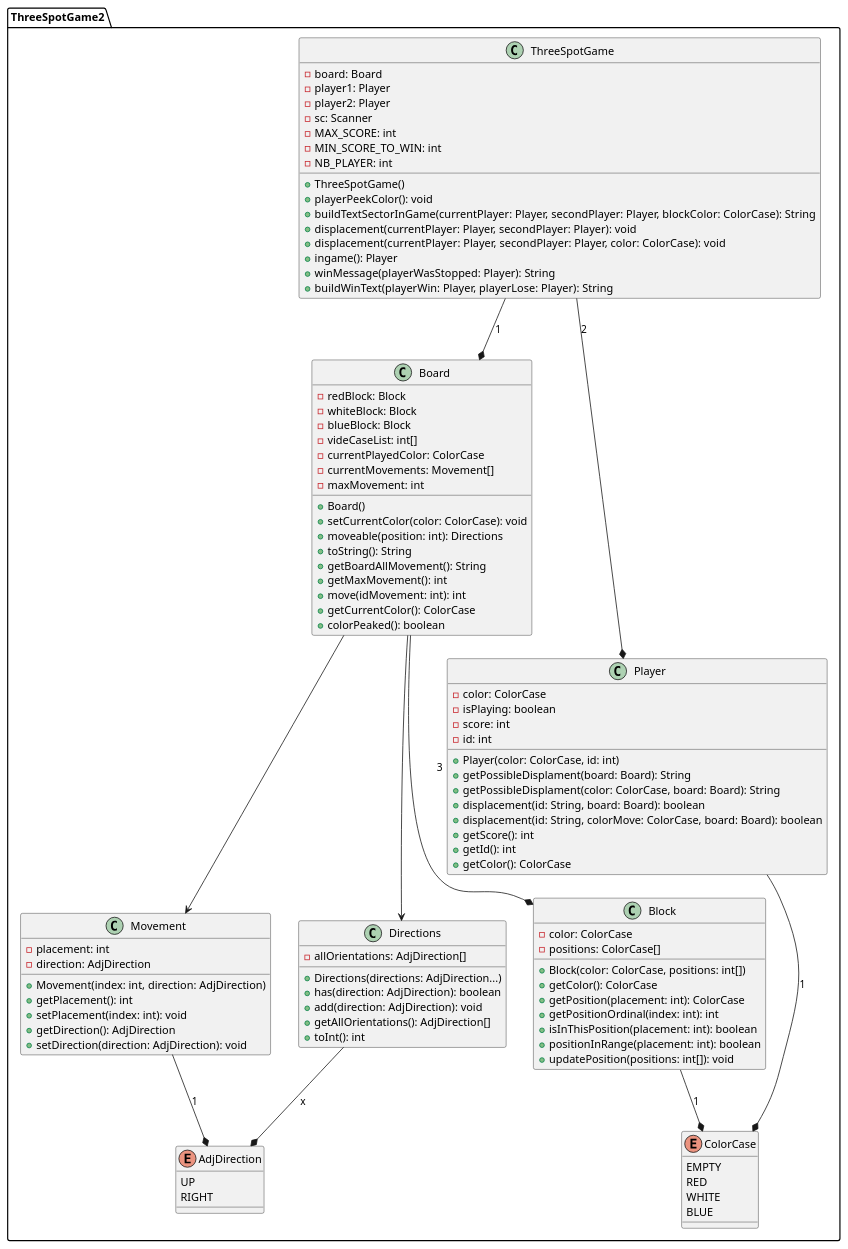
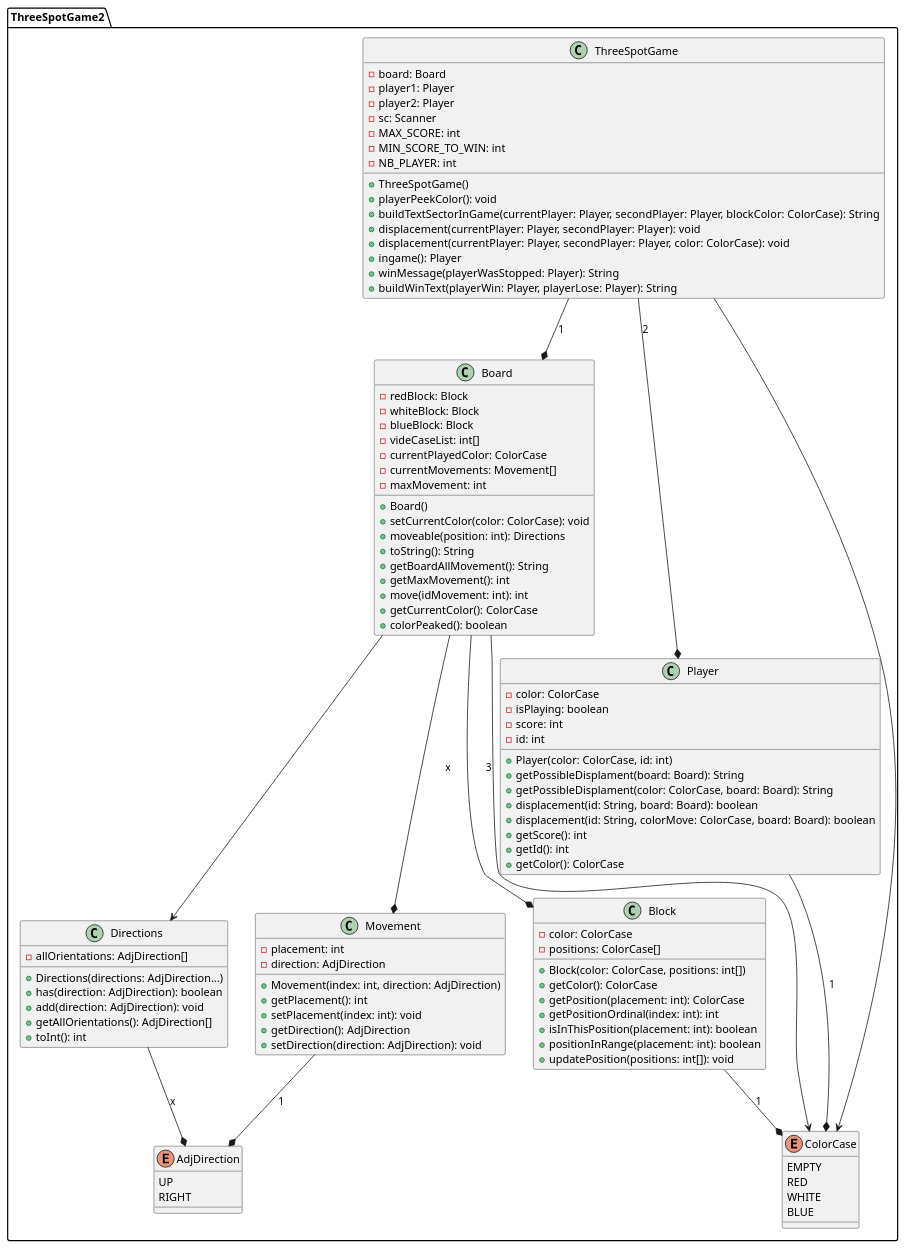
Before and after one commit to sept-mg/3-SPOT-GAME2: the diagram in diagrammeUML.pu, drawn with PlantUML.

```diff
--- a/diagrammeUML.pu
+++ b/diagrammeUML.pu
@@ -1,112 +1,114 @@
 @startuml ThreeSpotGame2
 
 package ThreeSpotGame2 {
     enum ColorCase {
         EMPTY
         RED
         WHITE
         BLUE
     }
 
     enum AdjDirection {
         UP
         RIGHT
     }
 
     class Board {
         - redBlock: Block
         - whiteBlock: Block
         - blueBlock: Block
         - videCaseList: int[]
         - currentPlayedColor: ColorCase
         - currentMovements: Movement[]
         - maxMovement: int
         + Board()
         + setCurrentColor(color: ColorCase): void
         + moveable(position: int): Directions
         + toString(): String
         + getBoardAllMovement(): String
         + getMaxMovement(): int
         + move(idMovement: int): int
         + getCurrentColor(): ColorCase
         + colorPeaked(): boolean
     }
 
     class Block {
         - color: ColorCase
         - positions: ColorCase[]
         + Block(color: ColorCase, positions: int[])
         + getColor(): ColorCase
         + getPosition(placement: int): ColorCase
         + getPositionOrdinal(index: int): int
         + isInThisPosition(placement: int): boolean
         + positionInRange(placement: int): boolean
         + updatePosition(positions: int[]): void
     }
 
     class Movement {
         - placement: int
         - direction: AdjDirection
         + Movement(index: int, direction: AdjDirection)
         + getPlacement(): int
         + setPlacement(index: int): void
         + getDirection(): AdjDirection
         + setDirection(direction: AdjDirection): void
     }
 
     class Directions {
         - allOrientations: AdjDirection[]
         + Directions(directions: AdjDirection...)
         + has(direction: AdjDirection): boolean
         + add(direction: AdjDirection): void
         + getAllOrientations(): AdjDirection[]
         + toInt(): int
     }
 
     class Player {
         - color: ColorCase
         - isPlaying: boolean
         - score: int
         - id: int
         + Player(color: ColorCase, id: int)
         + getPossibleDisplament(board: Board): String
         + getPossibleDisplament(color: ColorCase, board: Board): String
         + displacement(id: String, board: Board): boolean
         + displacement(id: String, colorMove: ColorCase, board: Board): boolean
         + getScore(): int
         + getId(): int
         + getColor(): ColorCase
     }
 
     class ThreeSpotGame {
         - board: Board
         - player1: Player
         - player2: Player
         - sc: Scanner
         - MAX_SCORE: int
         - MIN_SCORE_TO_WIN: int
         - NB_PLAYER: int
         + ThreeSpotGame()
         + playerPeekColor(): void
         + buildTextSectorInGame(currentPlayer: Player, secondPlayer: Player, blockColor: ColorCase): String
         + displacement(currentPlayer: Player, secondPlayer: Player): void
         + displacement(currentPlayer: Player, secondPlayer: Player, color: ColorCase): void
         + ingame(): Player
         + winMessage(playerWasStopped: Player): String
         + buildWinText(playerWin: Player, playerLose: Player): String
     }
 }
 
 
 
     ThreeSpotGame --* Board : 1
     ThreeSpotGame --* Player : 2
+    ThreeSpotGame --> ColorCase
+    Board --> ColorCase
     Player --* ColorCase : 1
     Board --* Block : 3
-    Board --> Movement
+    Board --* Movement : x
     Board --> Directions
     Block --* ColorCase : 1
     Movement --* AdjDirection : 1
     Directions --* AdjDirection : x
 
 @enduml
```
